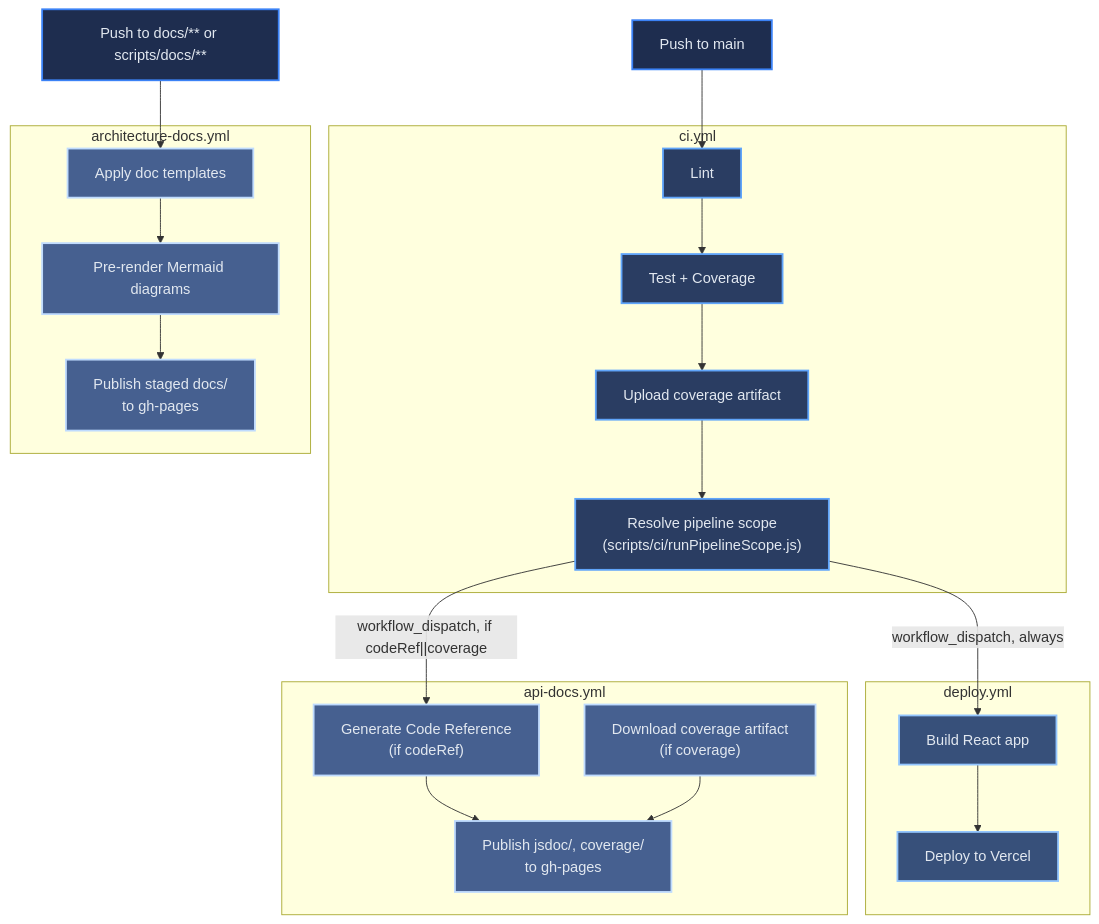
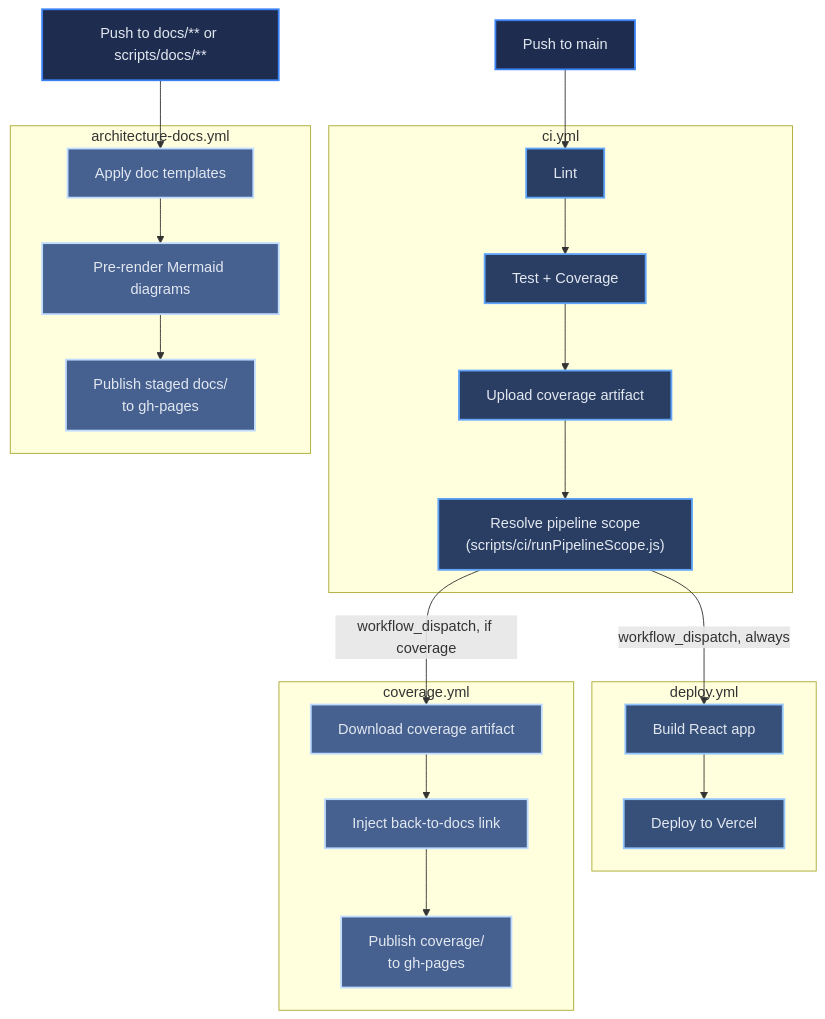
Before and after one commit to Keglev/my-portfolio: the diagram in docs/architecture/07-deployment.md, drawn with Mermaid. The commit also changed other lines of this file and 34 other files, not shown here.

First line of the commit message:
chore: retire the code-reference site, reduce api-docs to coverage, and correct context/secret claims (#44)

````diff
--- a/docs/architecture/07-deployment.md
+++ b/docs/architecture/07-deployment.md
@@ -20,50 +20,49 @@
 ```mermaid
 flowchart TD
     Push["Push to main"]
 
     subgraph CI["ci.yml"]
         Lint["Lint"]
         Test["Test + Coverage"]
         Artifact["Upload coverage artifact"]
         Scope["Resolve pipeline scope\n(scripts/ci/runPipelineScope.js)"]
         Lint --> Test --> Artifact --> Scope
     end
 
     subgraph DP["deploy.yml"]
         BuildReact["Build React app"]
         VercelDeploy["Deploy to Vercel"]
         BuildReact --> VercelDeploy
     end
 
-    subgraph AD["api-docs.yml"]
-        JSDoc["Generate Code Reference\n(if codeRef)"]
-        Coverage["Download coverage artifact\n(if coverage)"]
-        GHPagesAPI["Publish jsdoc/, coverage/\nto gh-pages"]
-        JSDoc --> GHPagesAPI
-        Coverage --> GHPagesAPI
+    subgraph AD["coverage.yml"]
+        Coverage["Download coverage artifact"]
+        BackLink["Inject back-to-docs link"]
+        GHPagesAPI["Publish coverage/\nto gh-pages"]
+        Coverage --> BackLink --> GHPagesAPI
     end
 
     subgraph AR["architecture-docs.yml"]
         Templates["Apply doc templates"]
         Mermaid["Pre-render Mermaid diagrams"]
         GHPagesArch["Publish staged docs/\nto gh-pages"]
         Templates --> Mermaid --> GHPagesArch
     end
 
     DocsPush["Push to docs/** or scripts/docs/**"]
 
     Push --> Lint
     Scope -->|"workflow_dispatch, always"| BuildReact
-    Scope -->|"workflow_dispatch, if codeRef||coverage"| JSDoc
+    Scope -->|"workflow_dispatch, if coverage"| Coverage
     DocsPush --> Templates
 
     class Push,DocsPush l1
     class Lint,Test,Artifact,Scope l2
     class BuildReact,VercelDeploy l3
-    class JSDoc,Coverage,GHPagesAPI,Templates,Mermaid,GHPagesArch l4
+    class Coverage,BackLink,GHPagesAPI,Templates,Mermaid,GHPagesArch l4
 
     classDef l1 fill:#1e2d4f,stroke:#3B82F6,stroke-width:2px,color:#E2E8F0
     classDef l2 fill:#2a3d62,stroke:#60A5FA,stroke-width:2px,color:#E2E8F0
     classDef l3 fill:#37507a,stroke:#93C5FD,stroke-width:2px,color:#E2E8F0
     classDef l4 fill:#466090,stroke:#BFDBFE,stroke-width:2px,color:#E2E8F0
 ```
````
